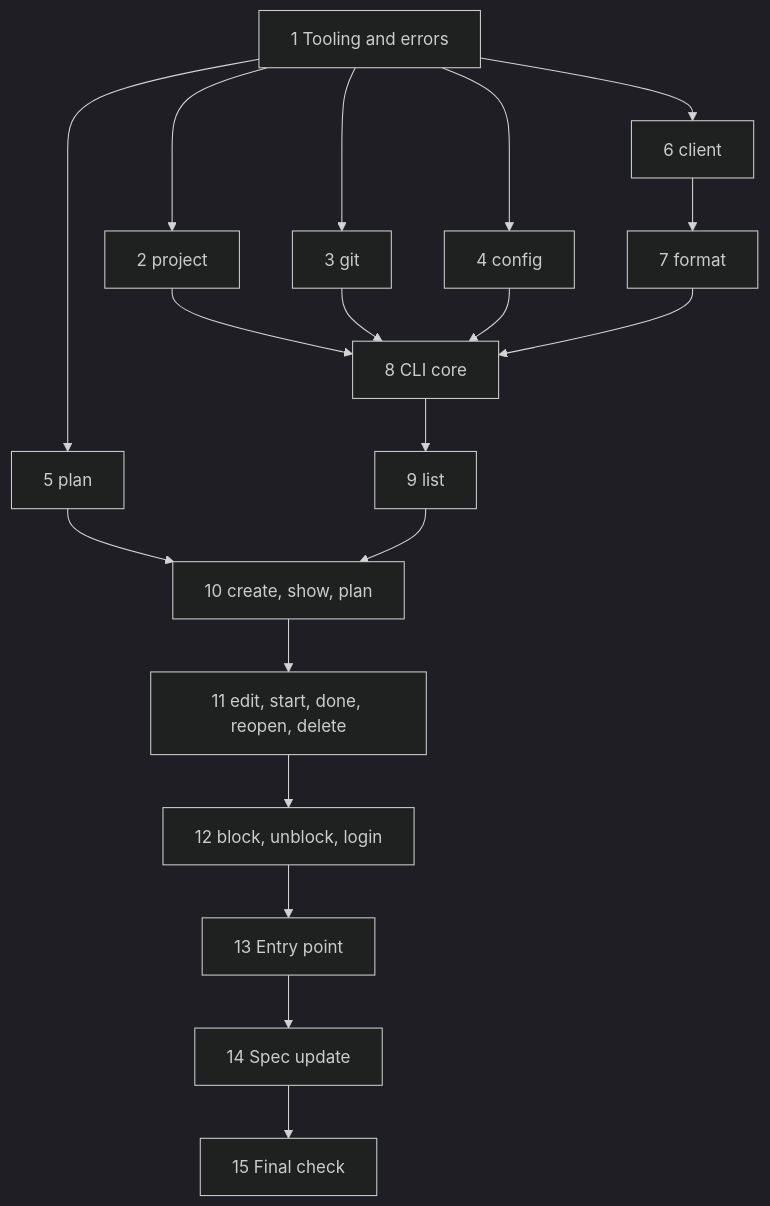
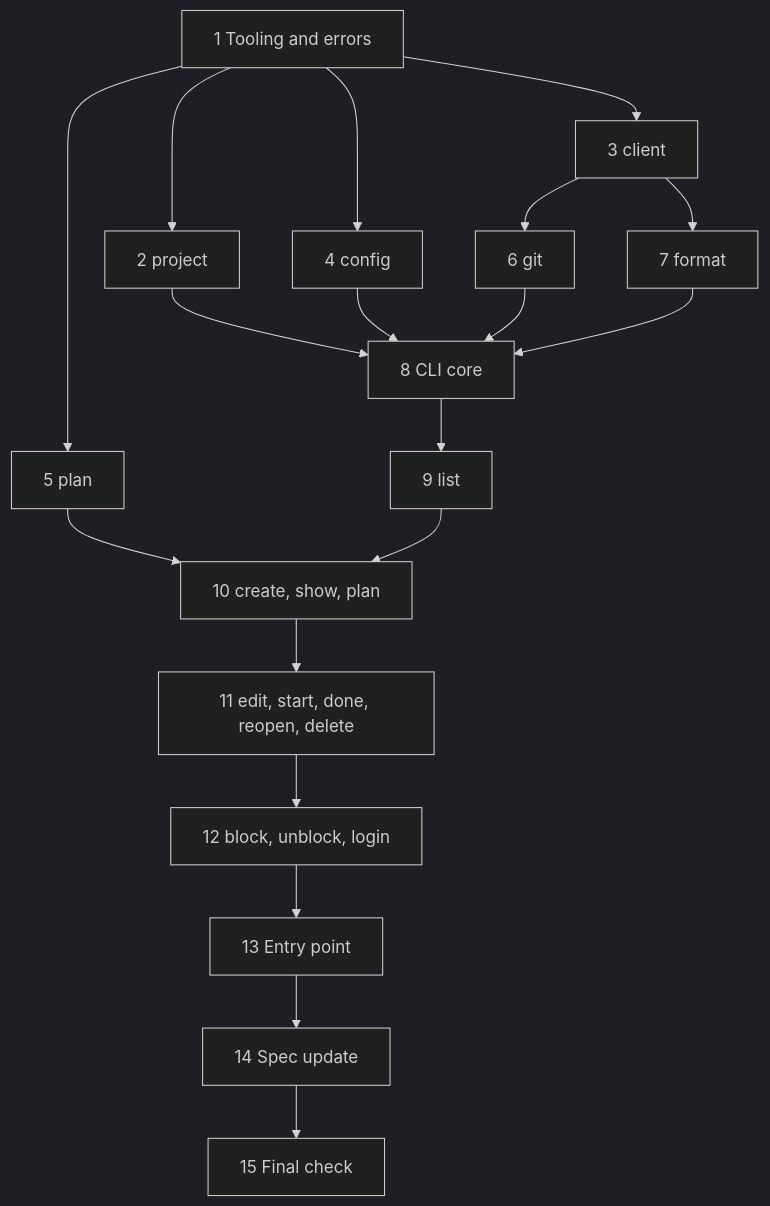
Before and after one commit to gstark/tix: the first of 2 diagrams in docs/superpowers/plans/2026-10-29-tix-cli.md, drawn with Mermaid (dark theme). The commit also changed other lines of this file and 2 other files, not shown here.

Commit message:
feat: wrap the Convex client and map its errors

````diff
--- a/docs/superpowers/plans/2026-10-29-tix-cli.md
+++ b/docs/superpowers/plans/2026-10-29-tix-cli.md
@@ -75,17 +75,17 @@
 ```mermaid
 flowchart TD
     T1[1 Tooling and errors] --> T2[2 project]
-    T1 --> T3[3 git]
+    T1 --> T3[3 client]
     T1 --> T4[4 config]
     T1 --> T5[5 plan]
-    T1 --> T6[6 client]
-    T6 --> T7[7 format]
-    T2 & T3 & T4 & T7 --> T8[8 CLI core]
+    T3 --> T6[6 git]
+    T3 --> T7[7 format]
+    T2 & T4 & T6 & T7 --> T8[8 CLI core]
     T8 --> T9[9 list]
     T5 & T9 --> T10[10 create, show, plan]
     T10 --> T11[11 edit, start, done, reopen, delete]
     T11 --> T12[12 block, unblock, login]
     T12 --> T13[13 Entry point]
     T13 --> T14[14 Spec update]
     T14 --> T15[15 Final check]
 ```
````
